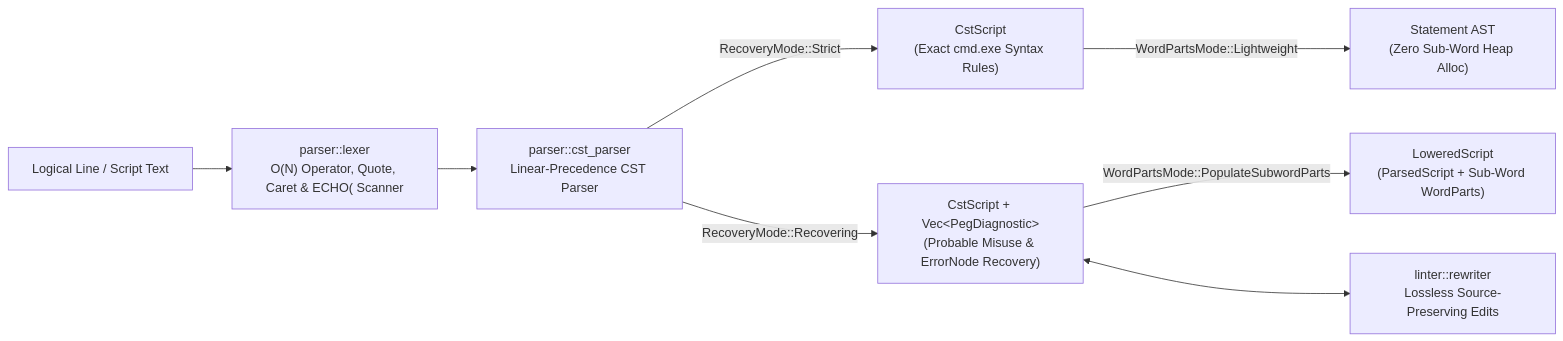
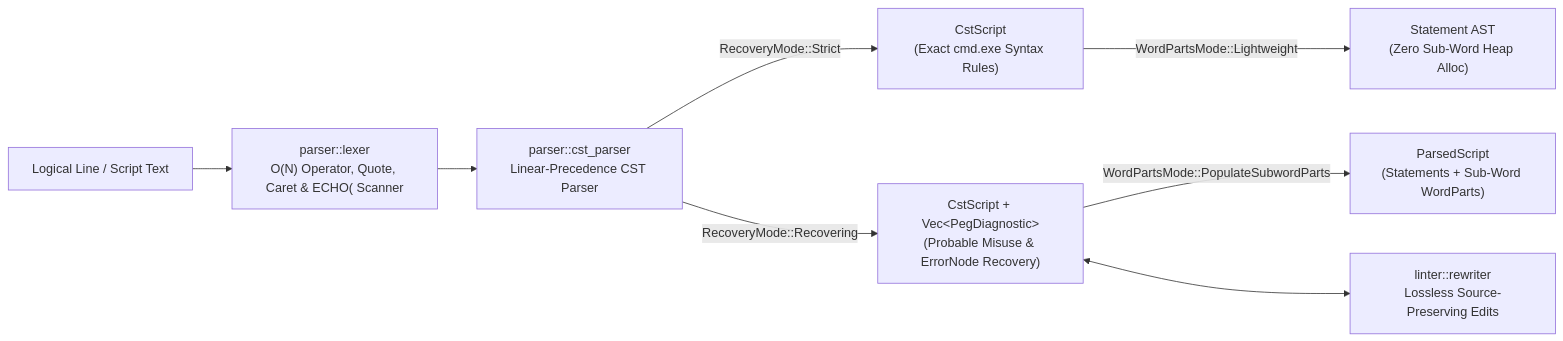
One commit to SamuelMarks/win-cmd-rs changed the fifth of 15 diagrams in ARCHITECTURE.md. Above: the diagram before and after it, drawn with Mermaid. The commit also changed other lines of this file and 5 other files, not shown here.

````diff
--- a/ARCHITECTURE.md
+++ b/ARCHITECTURE.md
@@ -236,12 +236,12 @@
 ```mermaid
 flowchart LR
     RAW["Logical Line / Script Text"] --> LEX["parser::lexer<br/>O(N) Operator, Quote, Caret & ECHO( Scanner"]
     LEX --> CSTP["parser::cst_parser<br/>Linear-Precedence CST Parser"]
 
     CSTP -- "RecoveryMode::Strict" --> CST_STRICT["CstScript<br/>(Exact cmd.exe Syntax Rules)"]
     CSTP -- "RecoveryMode::Recovering" --> CST_REC["CstScript + Vec&lt;PegDiagnostic&gt;<br/>(Probable Misuse & ErrorNode Recovery)"]
 
     CST_STRICT -- "WordPartsMode::Lightweight" --> AST_EXEC["Statement AST<br/>(Zero Sub-Word Heap Alloc)"]
-    CST_REC -- "WordPartsMode::PopulateSubwordParts" --> AST_LINT["LoweredScript<br/>(ParsedScript + Sub-Word WordParts)"]
+    CST_REC -- "WordPartsMode::PopulateSubwordParts" --> AST_LINT["ParsedScript<br/>(Statements + Sub-Word WordParts)"]
     CST_REC <--> REW["linter::rewriter<br/>Lossless Source-Preserving Edits"]
 ```
````
